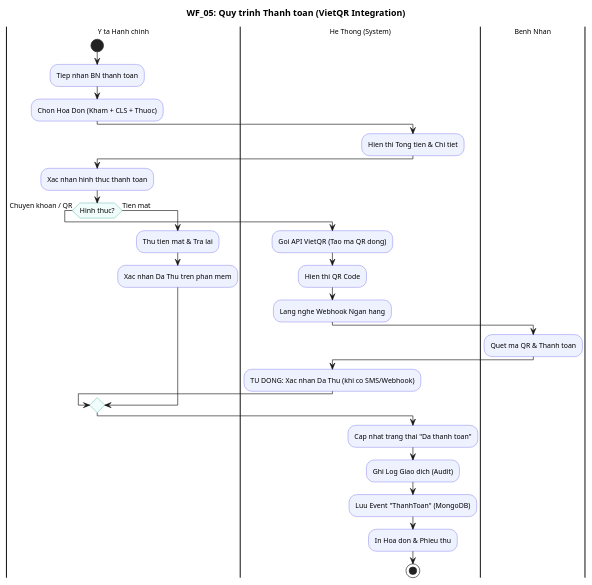
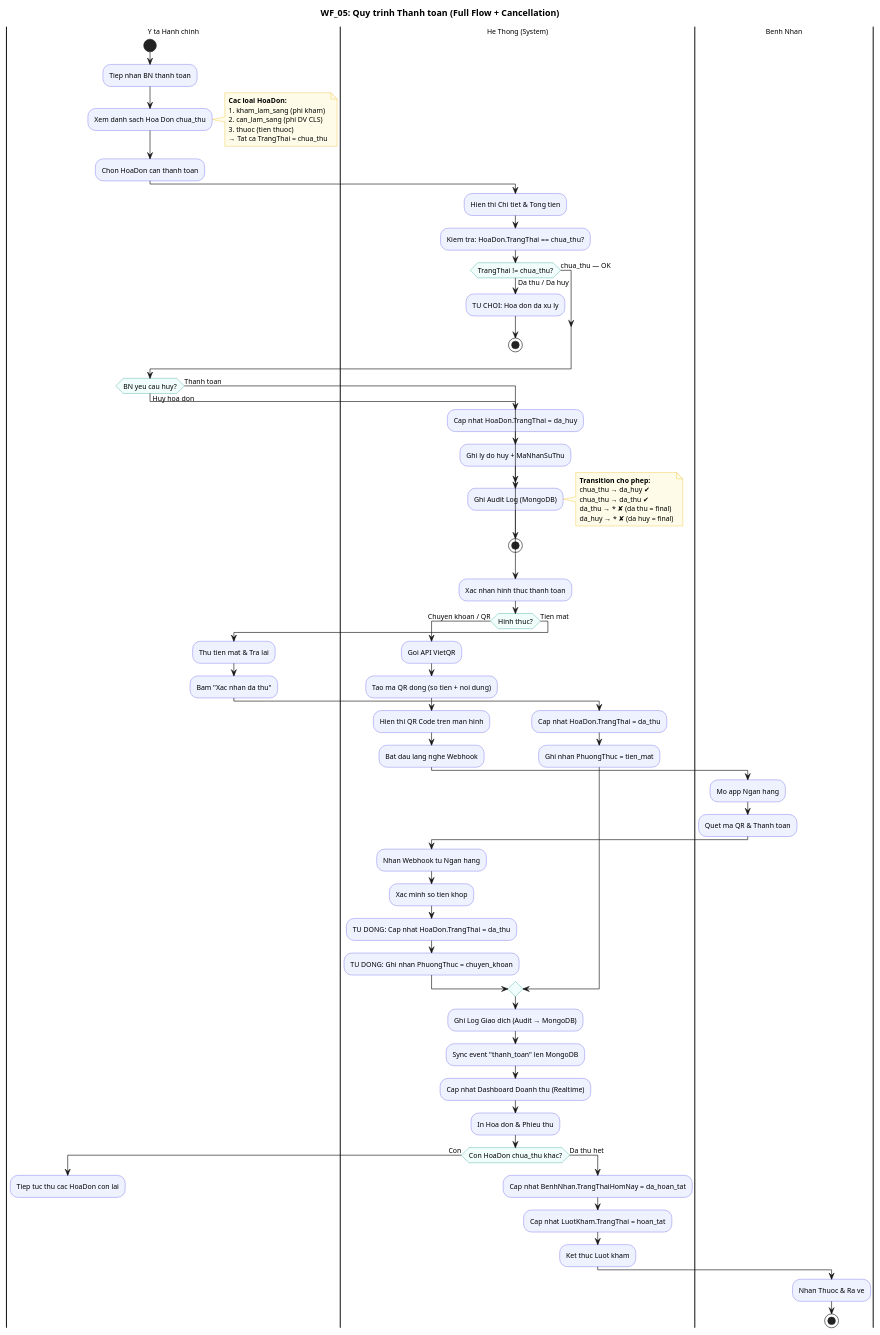
Before and after one commit to thehoang-x-five/HealthCare: the diagram in docs/uml/workflow/WF_05_Billing.puml, drawn with PlantUML. The commit also changed 41 other files, not shown here.

```diff
--- a/docs/uml/workflow/WF_05_Billing.puml
+++ b/docs/uml/workflow/WF_05_Billing.puml
@@ -1,55 +1,112 @@
 @startuml WF_05_Billing
 ' ===========================
 ' WF_05: QUY TRINH THANH TOAN & VIETQR
+' Bao gom: Happy path + Huy hoa don
 ' ===========================
 skinparam backgroundColor #FFFFFF
 skinparam defaultFontName "Segoe UI"
 skinparam defaultFontSize 11
 skinparam linetype ortho
 
 skinparam activityBackgroundColor #EEF2FF
 skinparam activityBorderColor #4F46E5
 skinparam activityDiamondBackgroundColor #F0FDFA
 skinparam activityDiamondBorderColor #0D9488
 skinparam noteBackgroundColor #FEFCE8
 skinparam noteBorderColor #EAB308
 
-title WF_05: Quy trinh Thanh toan (VietQR Integration)
+title WF_05: Quy trinh Thanh toan (Full Flow + Cancellation)
 
 |Y ta Hanh chinh|
 start
 :Tiep nhan BN thanh toan;
-:Chon Hoa Don (Kham + CLS + Thuoc);
+:Xem danh sach Hoa Don chua_thu;
+note right
+  **Cac loai HoaDon:**
+  1. kham_lam_sang (phi kham)
+  2. can_lam_sang (phi DV CLS)
+  3. thuoc (tien thuoc)
+  → Tat ca TrangThai = chua_thu
+end note
+
+:Chon HoaDon can thanh toan;
 
 |He Thong (System)|
-:Hien thi Tong tien & Chi tiet;
+:Hien thi Chi tiet & Tong tien;
+:Kiem tra: HoaDon.TrangThai == chua_thu?;
+
+if (TrangThai != chua_thu?) then (Da thu / Da huy)
+  :TU CHOI: Hoa don da xu ly;
+  stop
+else (chua_thu — OK)
+endif
 
 |Y ta Hanh chinh|
+if (BN yeu cau huy?) then (Huy hoa don)
+  |He Thong (System)|
+  :Cap nhat HoaDon.TrangThai = da_huy;
+  :Ghi ly do huy + MaNhanSuThu;
+  :Ghi Audit Log (MongoDB);
+  note right
+    **Transition cho phep:**
+    chua_thu → da_huy ✔
+    chua_thu → da_thu ✔
+    da_thu → * ✘ (da thu = final)
+    da_huy → * ✘ (da huy = final)
+  end note
+  stop
+else (Thanh toan)
+endif
+
 :Xac nhan hinh thuc thanh toan;
 
 if (Hinh thuc?) then (Chuyen khoan / QR)
   |He Thong (System)|
-  :Goi API VietQR (Tao ma QR dong);
-  :Hien thi QR Code;
-  :Lang nghe Webhook Ngan hang;
+  :Goi API VietQR;
+  :Tao ma QR dong (so tien + noi dung);
+  :Hien thi QR Code tren man hinh;
+  :Bat dau lang nghe Webhook;
   
   |Benh Nhan|
+  :Mo app Ngan hang;
   :Quet ma QR & Thanh toan;
   
   |He Thong (System)|
-  :TU DONG: Xac nhan Da Thu (khi co SMS/Webhook);
+  :Nhan Webhook tu Ngan hang;
+  :Xac minh so tien khop;
+  :TU DONG: Cap nhat HoaDon.TrangThai = da_thu;
+  :TU DONG: Ghi nhan PhuongThuc = chuyen_khoan;
+  
 else (Tien mat)
   |Y ta Hanh chinh|
   :Thu tien mat & Tra lai;
-  :Xac nhan Da Thu tren phan mem;
+  :Bam "Xac nhan da thu";
+  
+  |He Thong (System)|
+  :Cap nhat HoaDon.TrangThai = da_thu;
+  :Ghi nhan PhuongThuc = tien_mat;
 endif
 
 |He Thong (System)|
-:Cap nhat trang thai "Da thanh toan";
-:Ghi Log Giao dich (Audit);
-:Luu Event "ThanhToan" (MongoDB);
+:Ghi Log Giao dich (Audit → MongoDB);
+:Sync event "thanh_toan" len MongoDB;
+:Cap nhat Dashboard Doanh thu (Realtime);
 :In Hoa don & Phieu thu;
 
+' === Kiem tra da thanh toan het chua ===
+if (Con HoaDon chua_thu khac?) then (Con)
+  |Y ta Hanh chinh|
+  :Tiep tuc thu cac HoaDon con lai;
+  detach
+else (Da thu het)
+  |He Thong (System)|
+  :Cap nhat BenhNhan.TrangThaiHomNay = da_hoan_tat;
+  :Cap nhat LuotKham.TrangThai = hoan_tat;
+  :Ket thuc Luot kham;
+endif
+
+|Benh Nhan|
+:Nhan Thuoc & Ra ve;
 stop
 
 @enduml
```
